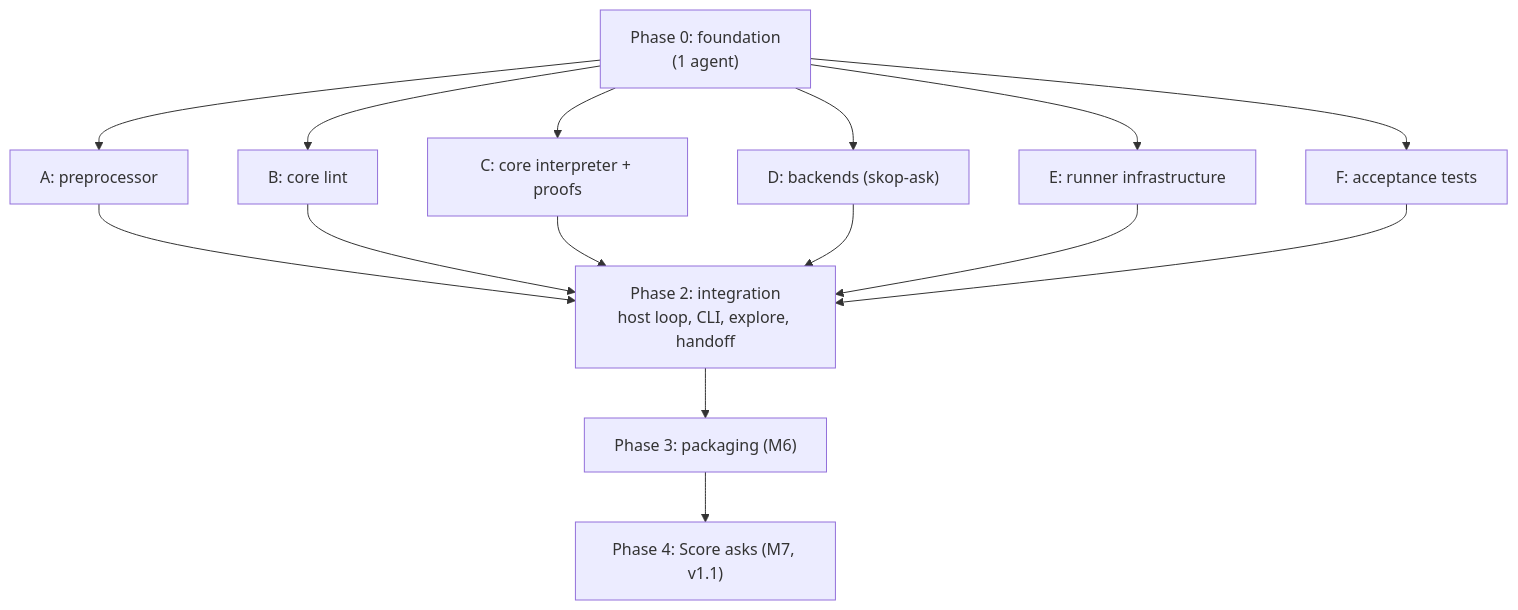
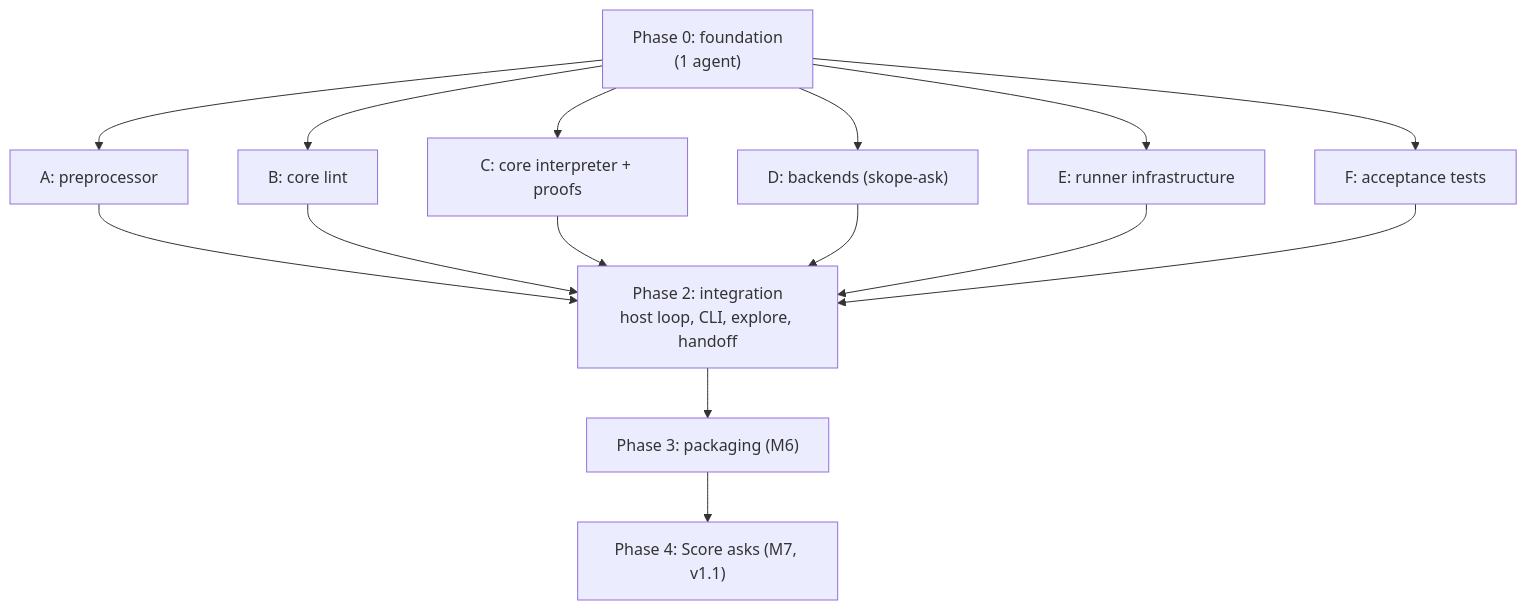
Before and after one commit to mattyv/skope: the first of 2 diagrams in PLAN.md, drawn with Mermaid. The commit also changed other lines of this file and 113 other files, not shown here.

````diff
--- a/PLAN.md
+++ b/PLAN.md
@@ -51,18 +51,18 @@
 ```mermaid
 flowchart TD
   P0["Phase 0: foundation<br/>(1 agent)"]
   P0 --> A["A: preprocessor"]
   P0 --> B["B: core lint"]
   P0 --> C["C: core interpreter + proofs"]
-  P0 --> D["D: backends (skop-ask)"]
+  P0 --> D["D: backends (skope-ask)"]
   P0 --> E["E: runner infrastructure"]
   P0 --> F["F: acceptance tests"]
   A --> G["Phase 2: integration<br/>host loop, CLI, explore, handoff"]
   B --> G
   C --> G
   D --> G
   E --> G
   F --> G
   G --> H["Phase 3: packaging (M6)"]
   H --> S["Phase 4: Score asks (M7, v1.1)"]
 ```
````
